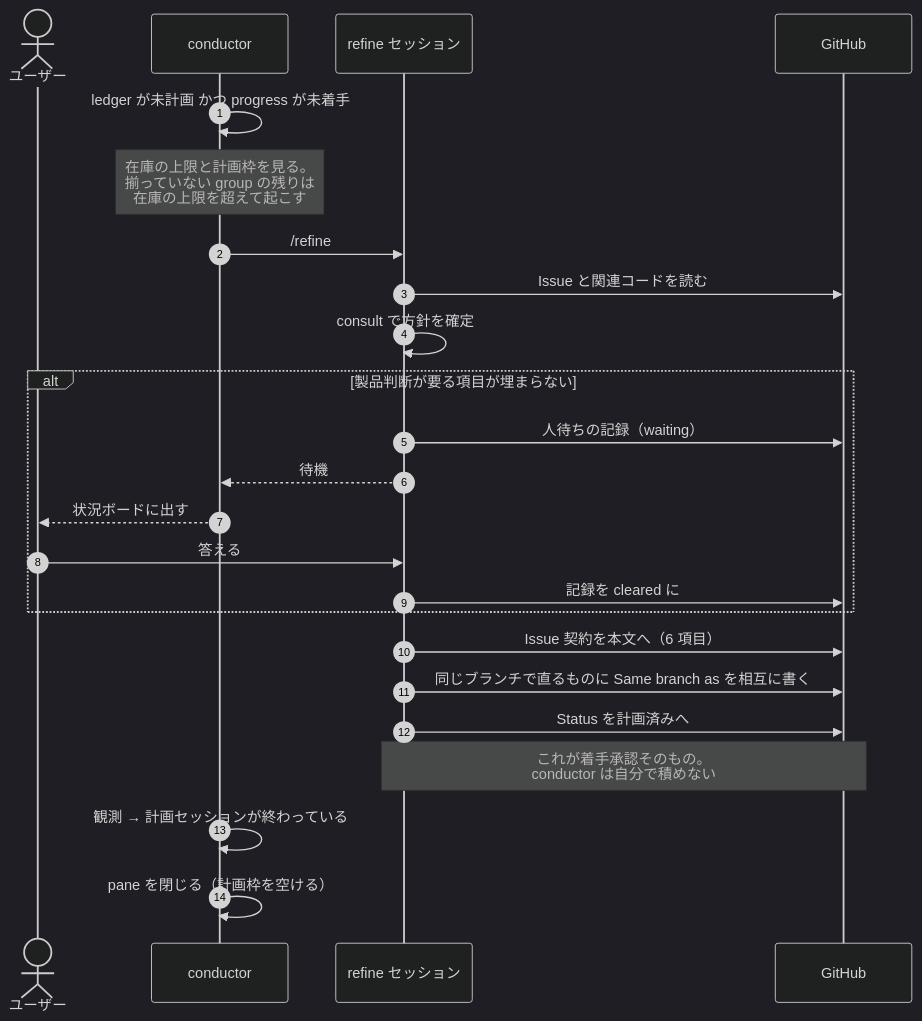
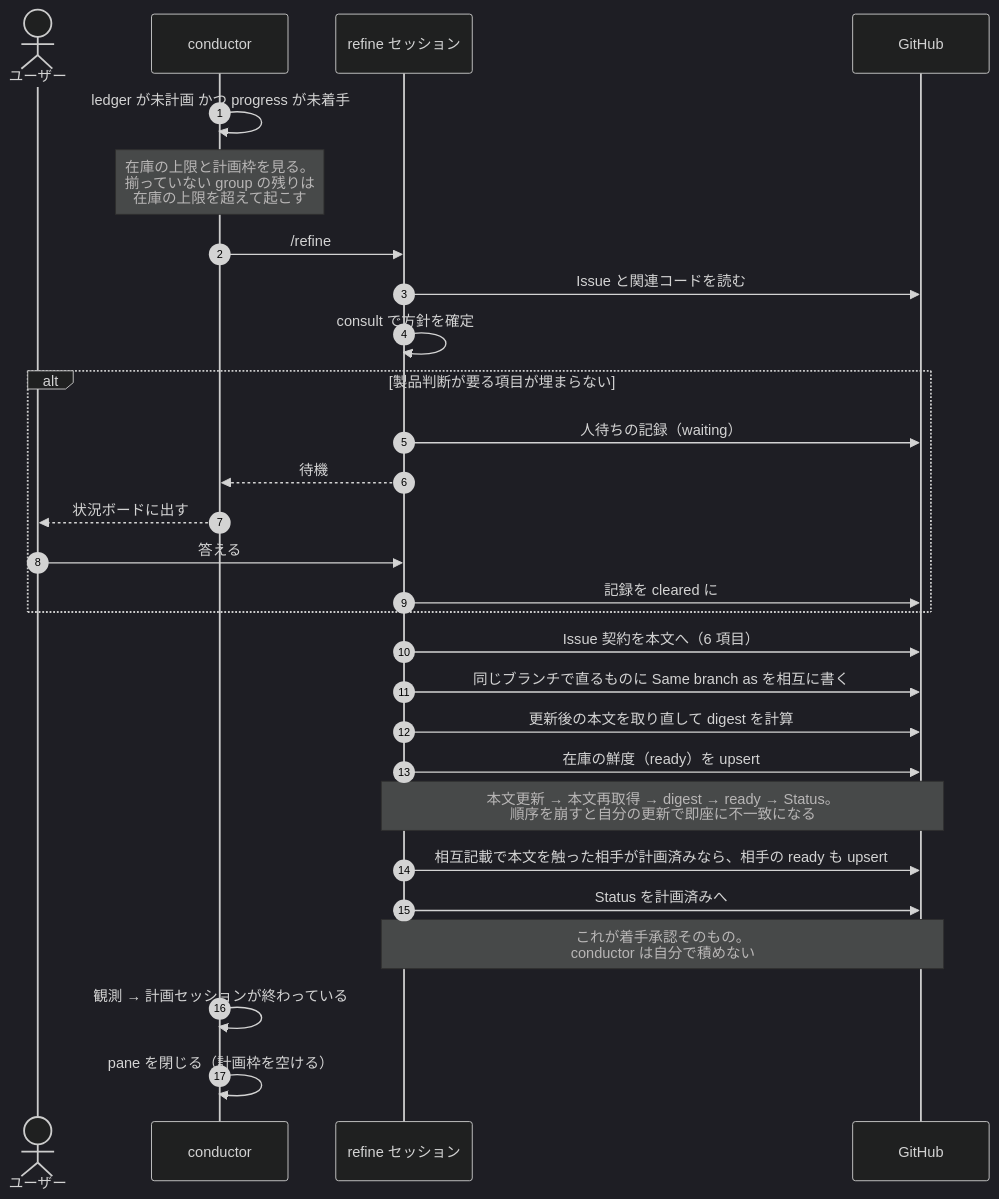
One commit to usagizmo/agentfiles changed the fourth of 4 diagrams in agents/docs/lifecycle.md. Above: the diagram before and after it, drawn with Mermaid (dark theme). The commit also changed other lines of this file and 19 other files, not shown here.

````diff
--- a/agents/docs/lifecycle.md
+++ b/agents/docs/lifecycle.md
@@ -170,29 +170,33 @@
 ```mermaid
 sequenceDiagram
     autonumber
     actor U as ユーザー
     participant C as conductor
     participant F as refine セッション
     participant GH as GitHub
 
     C->>C: ledger が未計画 かつ progress が未着手
     Note over C: 在庫の上限と計画枠を見る。<br/>揃っていない group の残りは<br/>在庫の上限を超えて起こす
     C->>F: /refine #N
     F->>GH: Issue と関連コードを読む
     F->>F: consult で方針を確定
 
     alt 製品判断が要る項目が埋まらない
         F->>GH: 人待ちの記録（waiting）
         F-->>C: 待機
         C-->>U: 状況ボードに出す
         U->>F: 答える
         F->>GH: 記録を cleared に
     end
 
     F->>GH: Issue 契約を本文へ（6 項目）
     F->>GH: 同じブランチで直るものに Same branch as を相互に書く
+    F->>GH: 更新後の本文を取り直して digest を計算
+    F->>GH: 在庫の鮮度（ready）を upsert
+    Note over F,GH: 本文更新 → 本文再取得 → digest → ready → Status。<br/>順序を崩すと自分の更新で即座に不一致になる
+    F->>GH: 相互記載で本文を触った相手が計画済みなら、相手の ready も upsert
     F->>GH: Status を計画済みへ
     Note over F,GH: これが着手承認そのもの。<br/>conductor は自分で積めない
     C->>C: 観測 → 計画セッションが終わっている
     C->>C: pane を閉じる（計画枠を空ける）
 ```
````
